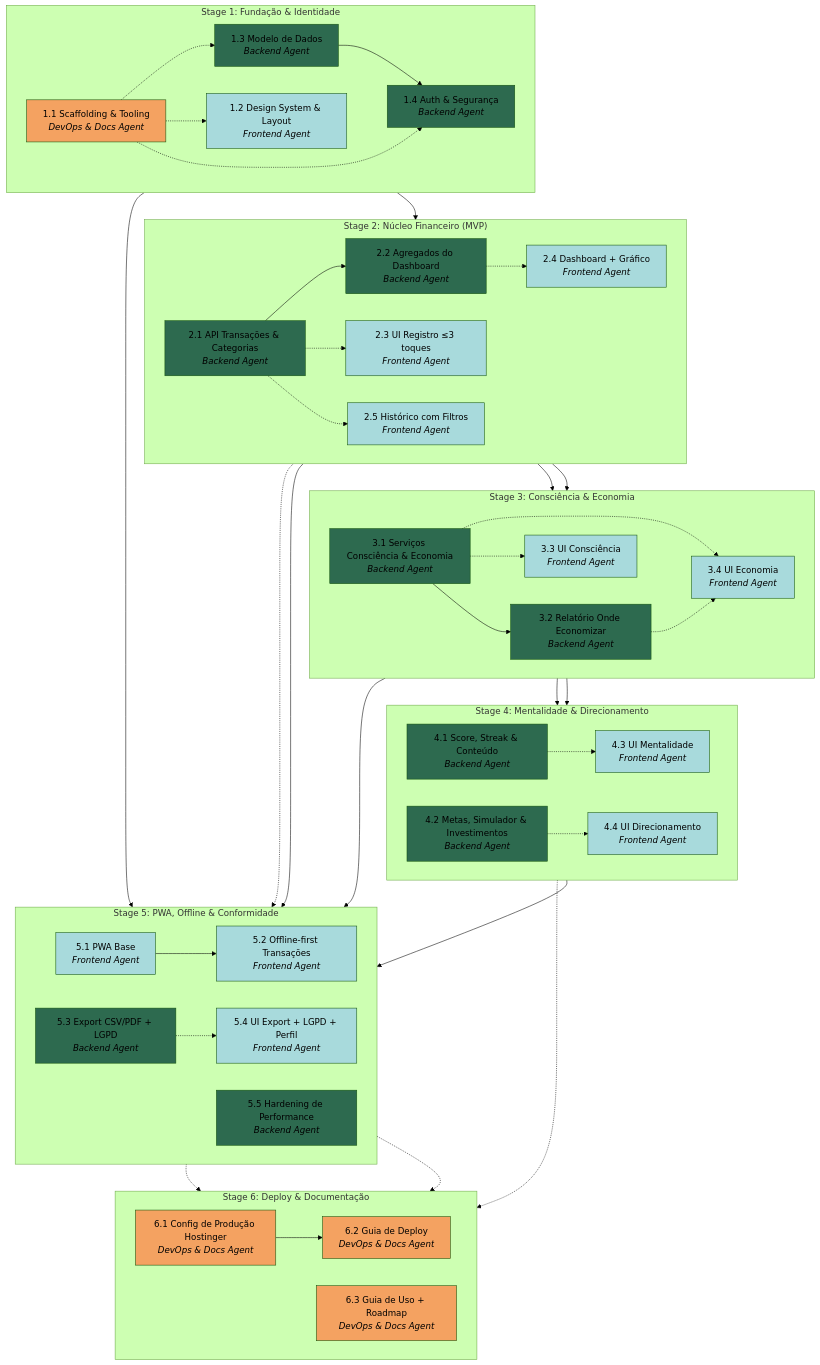
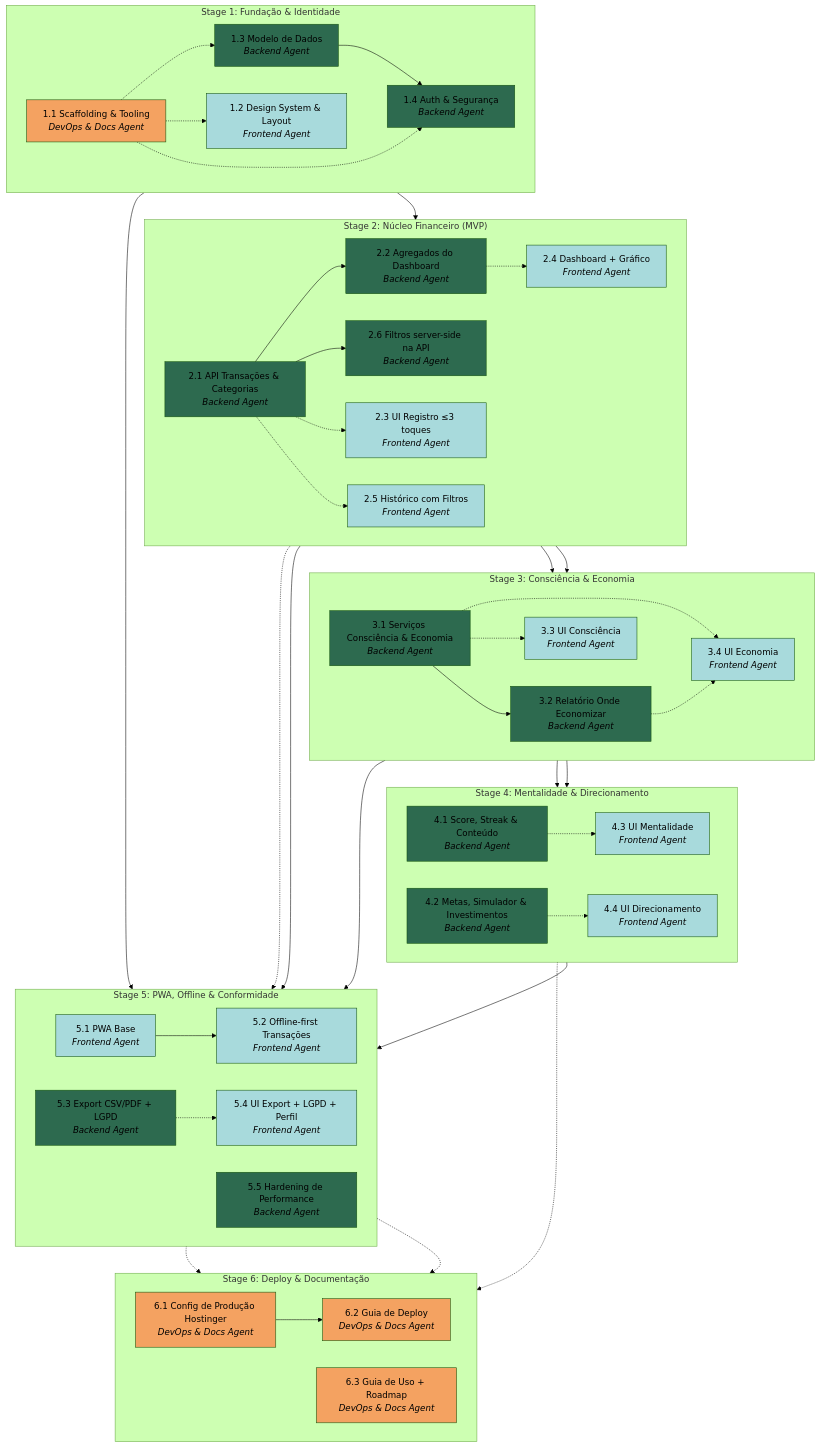
Before and after one commit to JohnAugust934/FlowFin: the diagram in .apm/plan.md, drawn with Mermaid (forest theme). The commit also changed other lines of this file and 3 other files, not shown here.

```diff
--- a/.apm/plan.md
+++ b/.apm/plan.md
@@ -45,7 +45,9 @@
   T2_3["2.3 UI Registro ≤3 toques<br/><i>Frontend Agent</i>"]
   T2_4["2.4 Dashboard + Gráfico<br/><i>Frontend Agent</i>"]
   T2_5["2.5 Histórico com Filtros<br/><i>Frontend Agent</i>"]
+  T2_6["2.6 Filtros server-side na API<br/><i>Backend Agent</i>"]
   T2_1 --> T2_2
+  T2_1 --> T2_6
 end
 
 subgraph S3["Stage 3: Consciência & Economia"]
@@ -117,6 +119,7 @@
 style T1_4 fill:#2d6a4f,color:#000
 style T2_1 fill:#2d6a4f,color:#000
 style T2_2 fill:#2d6a4f,color:#000
+style T2_6 fill:#2d6a4f,color:#000
 style T3_1 fill:#2d6a4f,color:#000
 style T3_2 fill:#2d6a4f,color:#000
 style T4_1 fill:#2d6a4f,color:#000
```
